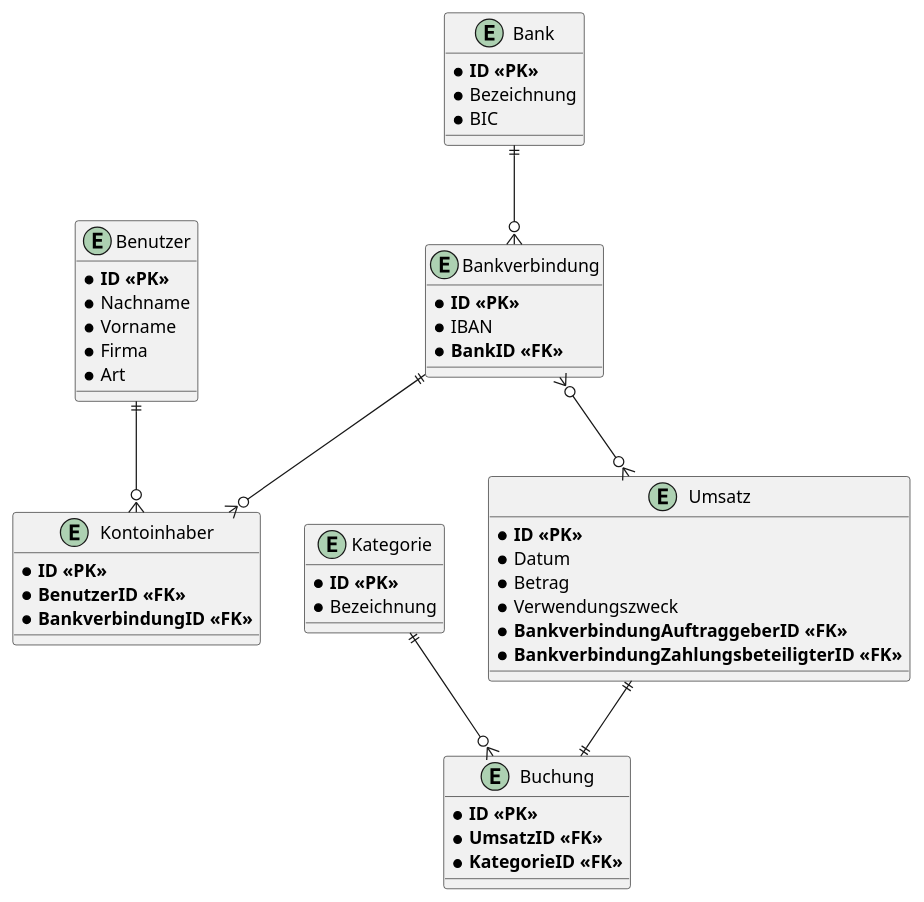
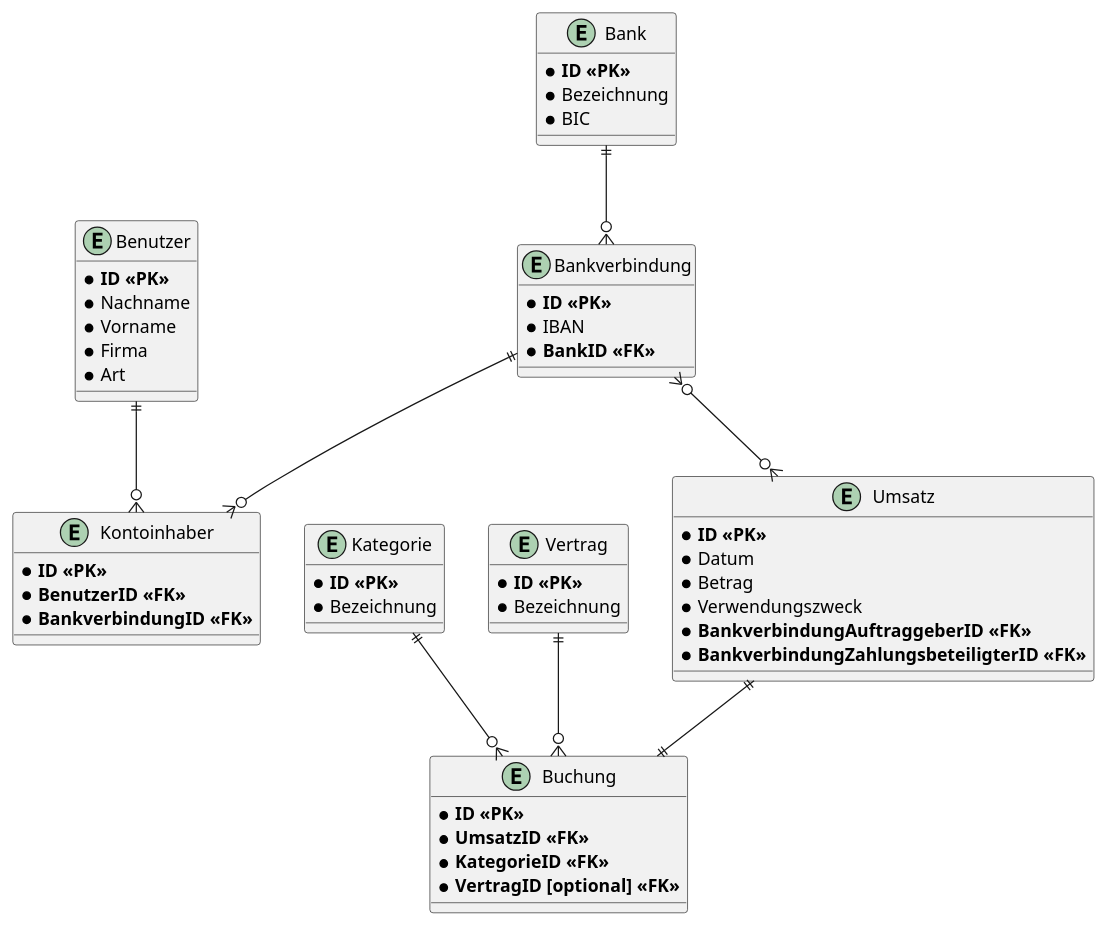
The diagram in designs/ERM.puml (justinhada/StatementOfQosts), drawn with PlantUML before and after one commit.

Commit message:
Fuege Vertrag im ERM hinzu

```diff
--- a/designs/ERM.puml
+++ b/designs/ERM.puml
@@ -1,61 +1,69 @@
 @startuml
 entity Benutzer
 {
     * **ID <<PK>>**
     * Nachname
     * Vorname
     * Firma
     * Art
 }
 
 entity Bank
 {
     * **ID <<PK>>**
     * Bezeichnung
     * BIC
 }
 
 entity Kontoinhaber
 {
     * **ID <<PK>>**
     * **BenutzerID <<FK>>**
     * **BankverbindungID <<FK>>**
 }
 
 entity Bankverbindung
 {
     * **ID <<PK>>**
     * IBAN
     * **BankID <<FK>>**
 }
 
 entity Umsatz
 {
     * **ID <<PK>>**
     * Datum
     * Betrag
     * Verwendungszweck
     * **BankverbindungAuftraggeberID <<FK>>**
     * **BankverbindungZahlungsbeteiligterID <<FK>>**
 }
 
 entity Buchung
 {
     * **ID <<PK>>**
     * **UmsatzID <<FK>>**
     * **KategorieID <<FK>>**
+    * **VertragID [optional] <<FK>>**
 }
 
 entity Kategorie
+{
+    * **ID <<PK>>**
+    * Bezeichnung
+}
+
+entity Vertrag
 {
     * **ID <<PK>>**
     * Bezeichnung
 }
 
 Benutzer ||--o{ Kontoinhaber
 Bankverbindung ||--o{ Kontoinhaber
 Bank ||--o{ Bankverbindung
 Bankverbindung }o--o{ Umsatz
 Kategorie ||--o{ Buchung
 Umsatz ||--|| Buchung
+Vertrag ||--o{ Buchung
 @enduml
```
